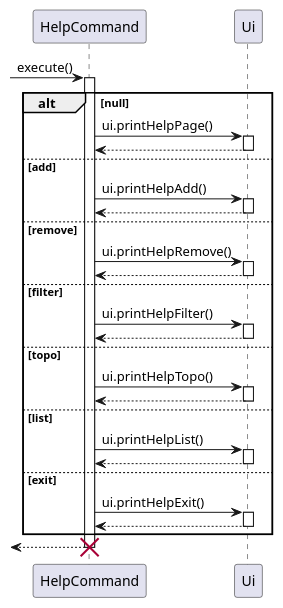
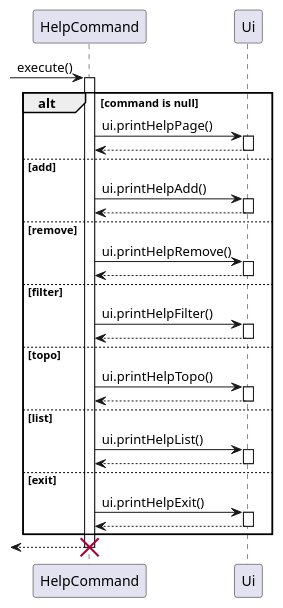
One commit to ong-ck/tp changed the diagram in docs/sequence-diagrams/source-files/HelpFeature.puml. Above: the diagram before and after it, drawn with PlantUML. The commit also changed 3 other files, not shown here.

Commit message:
Refactor Ui sequence diagram to include the `list` command Ui method calls

```diff
--- a/docs/sequence-diagrams/source-files/HelpFeature.puml
+++ b/docs/sequence-diagrams/source-files/HelpFeature.puml
@@ -1,39 +1,39 @@
 @startuml
 
 participant HelpCommand as hc
 participant Ui as ui
 
  -> hc : execute()
  activate hc
-    alt null
+    alt command is null
     hc -> ui : ui.printHelpPage()
     activate ui
     return
     else add
     hc -> ui : ui.printHelpAdd()
     activate ui
     return
     else remove
     hc -> ui : ui.printHelpRemove()
     activate ui
     return
     else filter
     hc -> ui : ui.printHelpFilter()
     activate ui
     return
     else topo
     hc -> ui : ui.printHelpTopo()
     activate ui
     return
     else list
     hc -> ui : ui.printHelpList()
     activate ui
     return
     else exit
     hc -> ui : ui.printHelpExit()
     activate ui
     return
    end
 <-- hc
 destroy hc
 @enduml
```
